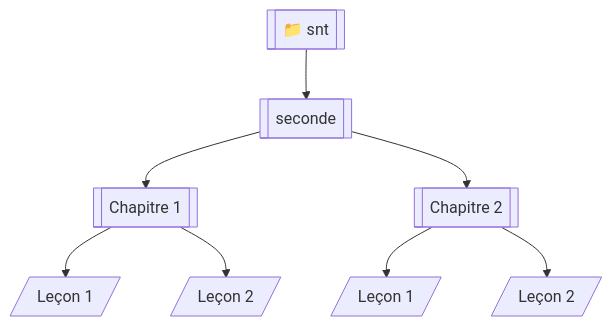
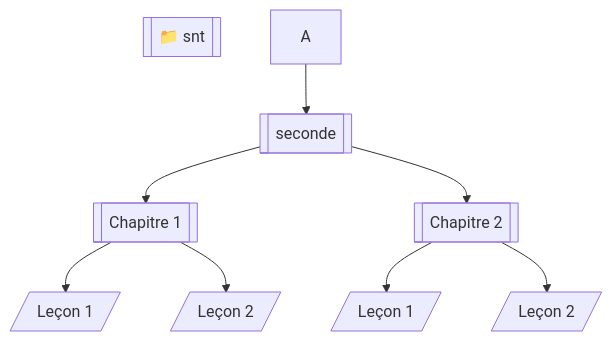
Before and after one commit to boddaert/snt: the diagram in seconde/Introduction/Introduction.md, drawn with Mermaid.

````diff
--- a/seconde/Introduction/Introduction.md
+++ b/seconde/Introduction/Introduction.md
@@ -5,12 +5,12 @@
 ```mermaid
     flowchart TB;
-        A[[📁 snt]]
+        test[[📁 snt]]
         
         A-->B[[seconde]]
         B[[seconde]]-->C[[Chapitre 1]]
         B[[seconde]]-->F[[Chapitre 2]]
         C[[Chapitre 1]]-->D[/Leçon 1/]
         C[[Chapitre 1]]-->E[/Leçon 2/]
         F[[Chapitre 2]]-->G[/Leçon 1/]
         F[[Chapitre 2]]-->H[/Leçon 2/]
 ```
````
